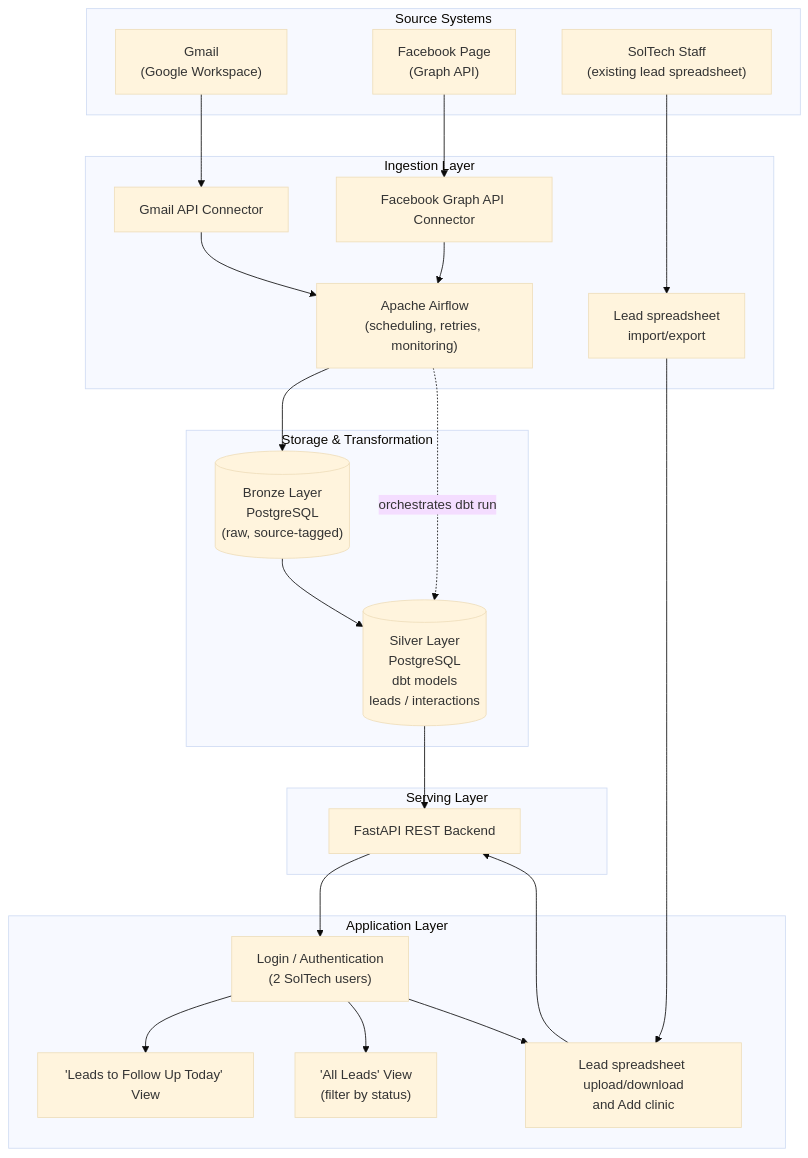
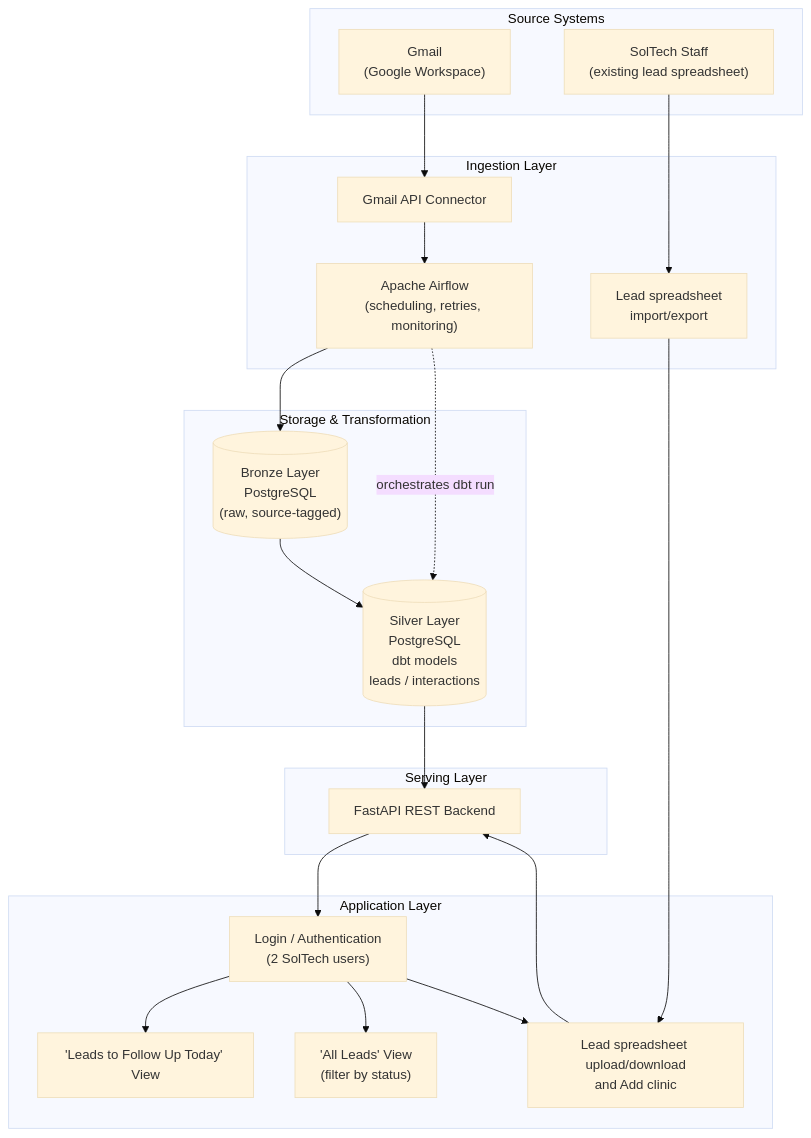
One commit to CMSC128-NexusWorks/SolNexus changed the first of 4 diagrams in docs/architecture.md. Above: the diagram before and after it, drawn with Mermaid (base theme). The commit also changed other lines of this file and 12 other files, not shown here.

````diff
--- a/docs/architecture.md
+++ b/docs/architecture.md
@@ -31,44 +31,41 @@
 ```mermaid
 flowchart TB
     subgraph SRC["Source Systems"]
         GMAIL["Gmail\n(Google Workspace)"]
-        FB["Facebook Page\n(Graph API)"]
         STAFF["SolTech Staff\n(existing lead spreadsheet)"]
     end
 
     subgraph ING["Ingestion Layer"]
         GMAILCONN["Gmail API Connector"]
-        FBCONN["Facebook Graph API Connector"]
         UPLOAD["Lead spreadsheet\nimport/export"]
         AF["Apache Airflow\n(scheduling, retries, monitoring)"]
     end
 
     subgraph STORE["Storage & Transformation"]
         BRONZE[("Bronze Layer\nPostgreSQL\n(raw, source-tagged)")]
         SILVER[("Silver Layer\nPostgreSQL\ndbt models\nleads / interactions")]
     end
 
     subgraph SERVE["Serving Layer"]
         API["FastAPI REST Backend"]
     end
 
     subgraph APP["Application Layer"]
         AUTH["Login / Authentication\n(2 SolTech users)"]
         DASH1["'Leads to Follow Up Today' View"]
         DASH2["'All Leads' View\n(filter by status)"]
         LEADTOOLS["Lead spreadsheet upload/download\nand Add clinic"]
     end
 
     GMAIL --> GMAILCONN --> AF
-    FB --> FBCONN --> AF
     STAFF --> UPLOAD --> LEADTOOLS
     AF --> BRONZE
     AF -. "orchestrates dbt run" .-> SILVER
     BRONZE --> SILVER
     SILVER --> API
     API --> AUTH
     AUTH --> DASH1
     AUTH --> DASH2
     AUTH --> LEADTOOLS
     LEADTOOLS --> API
 ```
````
